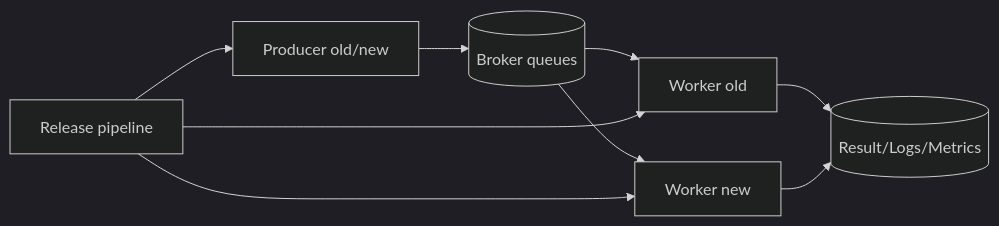
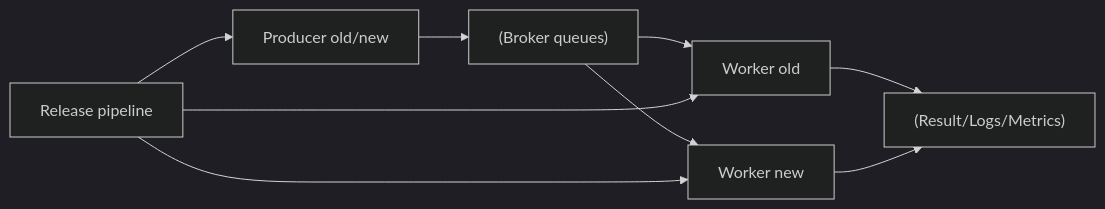
One commit to DDoSKudya/ai-study-atlas changed the first of 2 diagrams in directions/services/celery/pact/30_versioning_migracii_i_sovmestimost/09_30_skvoznaya_model_migratsii_v_celery.md. Above: the diagram before and after it, drawn with Mermaid (dark theme). The commit also changed other lines of this file and 322 other files, not shown here.

Commit message:
fix(docs): make mermaid diagrams GitHub-compatible across directions content

````diff
--- a/directions/services/celery/pact/30_versioning_migracii_i_sovmestimost/09_30_skvoznaya_model_migratsii_v_celery.md
+++ b/directions/services/celery/pact/30_versioning_migracii_i_sovmestimost/09_30_skvoznaya_model_migratsii_v_celery.md
@@ -6,11 +6,11 @@
 ```mermaid
 flowchart LR
-    A[Producer old/new] --> B[(Broker queues)]
-    B --> C[Worker old]
-    B --> D[Worker new]
-    C --> E[(Result/Logs/Metrics)]
+    A["Producer old/new"] --> B["(Broker queues)"]
+    B --> C["Worker old"]
+    B --> D["Worker new"]
+    C --> E["(Result/Logs/Metrics)"]
     D --> E
-    F[Release pipeline] --> A
+    F["Release pipeline"] --> A
     F --> C
     F --> D
 ```
````
